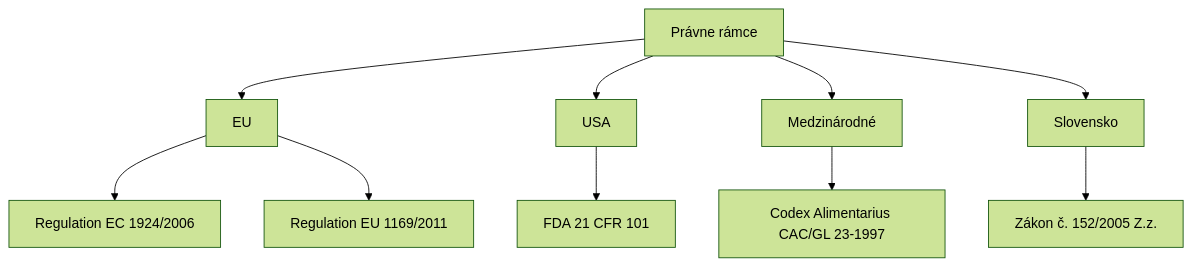
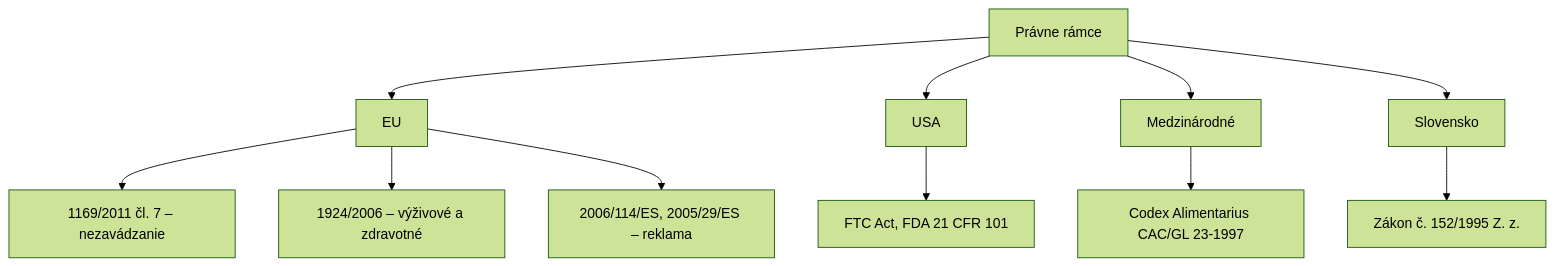
One commit to senzorika/SAP changed the third of 3 diagrams in prezentacie/claims.qmd. Above: the diagram before and after it, drawn with Mermaid (forest theme). The commit also changed other lines of this file and 36 other files, not shown here.

````diff
--- a/prezentacie/claims.qmd
+++ b/prezentacie/claims.qmd
@@ -224,16 +226,17 @@
 ```mermaid
 graph TD
     A[Právne rámce] --> B[EU]
     A --> C[USA]
     A --> D[Medzinárodné]
     A --> E[Slovensko]
     
-    B --> B1[Regulation EC 1924/2006]
-    B --> B2[Regulation EU 1169/2011]
+    B --> B1[1169/2011 čl. 7 – nezavádzanie]
+    B --> B2[1924/2006 – výživové a zdravotné]
+    B --> B3[2006/114/ES, 2005/29/ES – reklama]
     
-    C --> C1[FDA 21 CFR 101]
+    C --> C1[FTC Act, FDA 21 CFR 101]
     
     D --> D1[Codex Alimentarius CAC/GL 23-1997]
     
-    E --> E1[Zákon č. 152/2005 Z.z.]
+    E --> E1[Zákon č. 152/1995 Z. z.]
 ```
````
